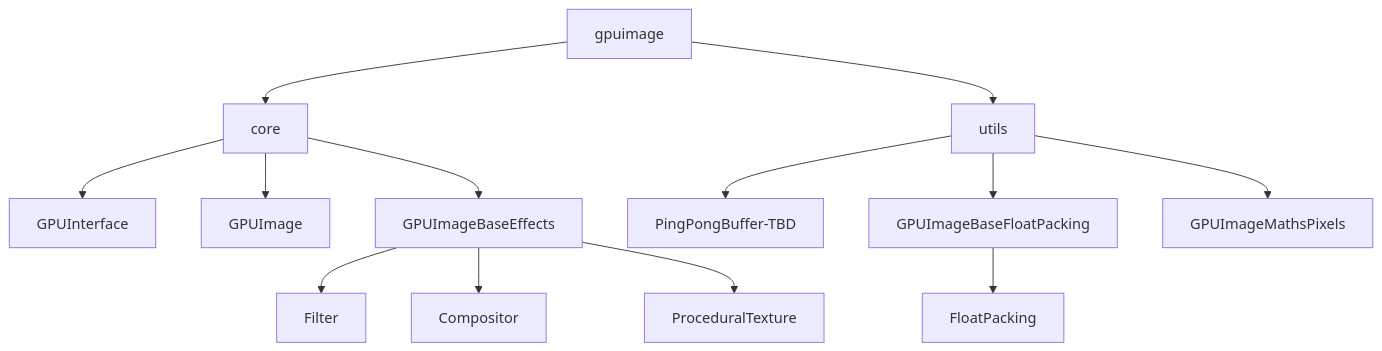
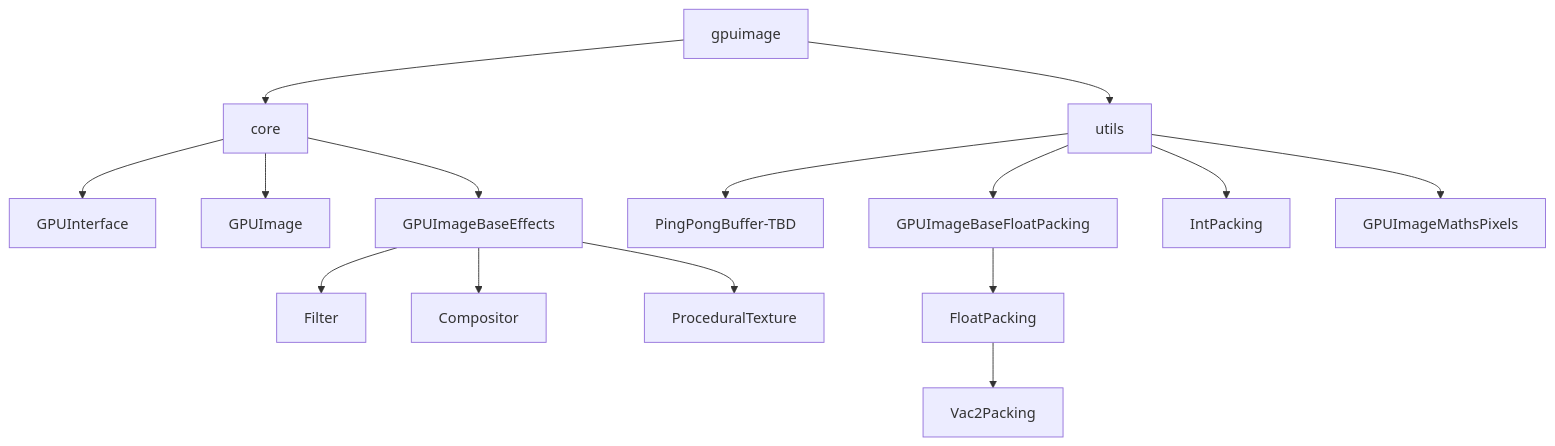
The diagram in README.md (Bonjour-Interactive-Lab/Processing-GPUImage), drawn with Mermaid before and after one commit. The commit also changed 1 other file, not shown here.

Commit message:
add Vec2Packing + update design pattern

````diff
--- a/README.md
+++ b/README.md
@@ -22,15 +22,17 @@
 ```mermaid
 graph TD;
   gpuimage-->core;
   gpuimage-->utils;
   core-->GPUInterface
   core-->GPUImage
   core-->GPUImageBaseEffects;
   GPUImageBaseEffects-->Filter
   GPUImageBaseEffects-->Compositor
   GPUImageBaseEffects-->ProceduralTexture
   utils-->PingPongBuffer-TBD
   utils-->GPUImageBaseFloatPacking
+  utils-->IntPacking
   utils-->GPUImageMathsPixels
   GPUImageBaseFloatPacking-->FloatPacking
+  FloatPacking-->Vac2Packing
 ```
````
